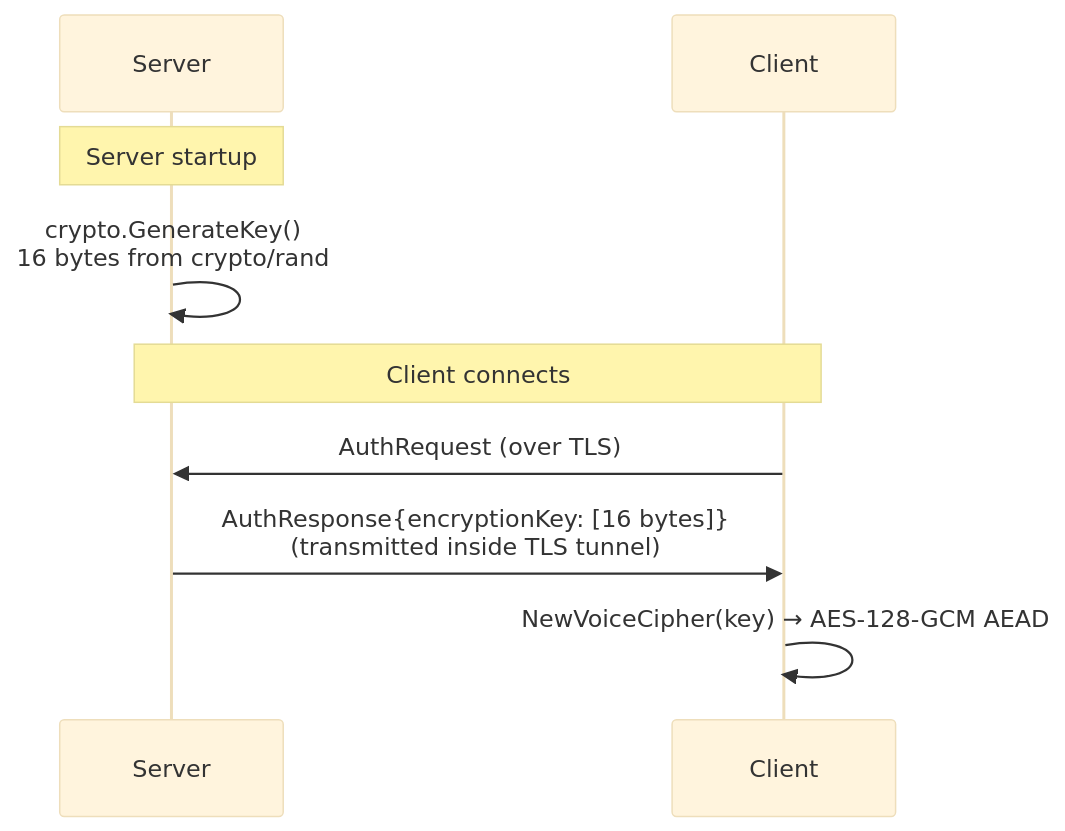
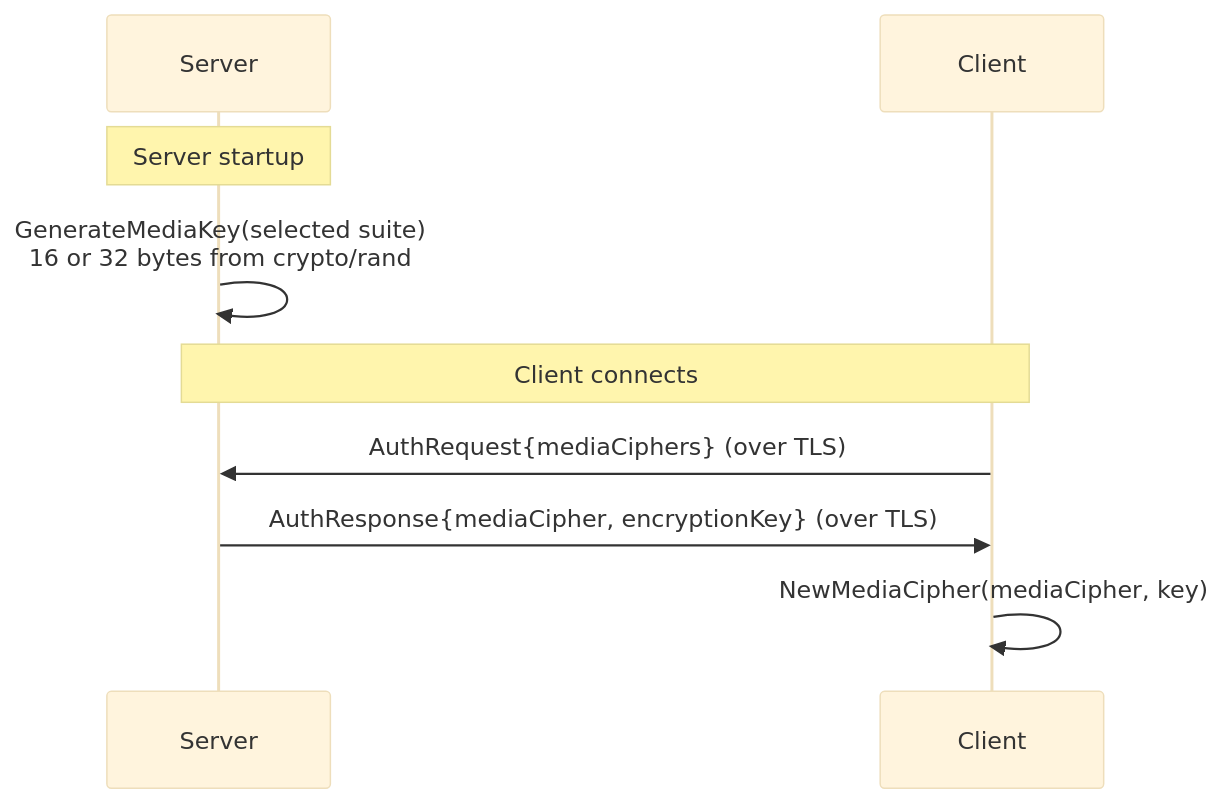
Before and after one commit to NicolasHaas/gospeak: the second of 4 diagrams in docs/security.md, drawn with Mermaid (base theme). The commit also changed other lines of this file and 32 other files, not shown here.

Commit message:
feat(media): add authenticated cipher selection

````diff
--- a/docs/security.md
+++ b/docs/security.md
@@ -86,13 +86,13 @@
 ```mermaid
 sequenceDiagram
     participant S as Server
     participant C as Client
 
     Note over S: Server startup
-    S->>S: crypto.GenerateKey()<br/>16 bytes from crypto/rand
+    S->>S: GenerateMediaKey(selected suite)<br/>16 or 32 bytes from crypto/rand
 
     Note over S,C: Client connects
-    C->>S: AuthRequest (over TLS)
-    S->>C: AuthResponse{encryptionKey: [16 bytes]}<br/>(transmitted inside TLS tunnel)
-    C->>C: NewVoiceCipher(key) → AES-128-GCM AEAD
+    C->>S: AuthRequest{mediaCiphers} (over TLS)
+    S->>C: AuthResponse{mediaCipher, encryptionKey} (over TLS)
+    C->>C: NewMediaCipher(mediaCipher, key)
 ```
````
